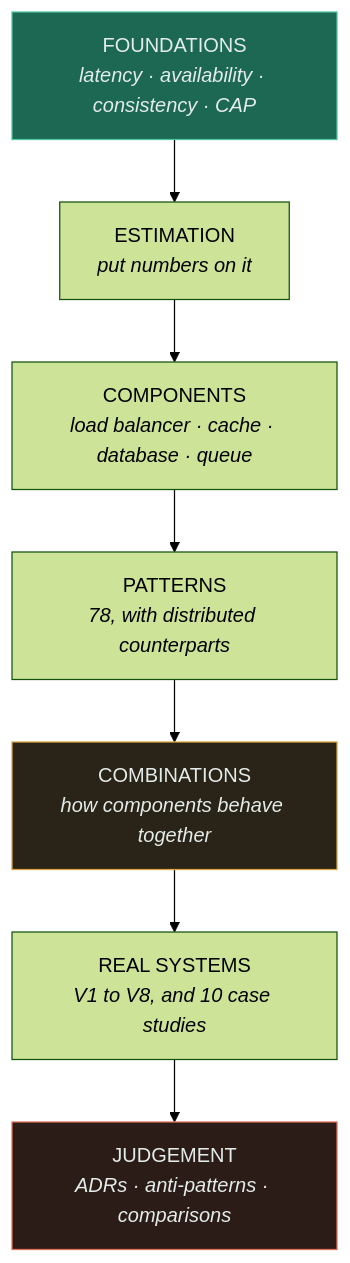
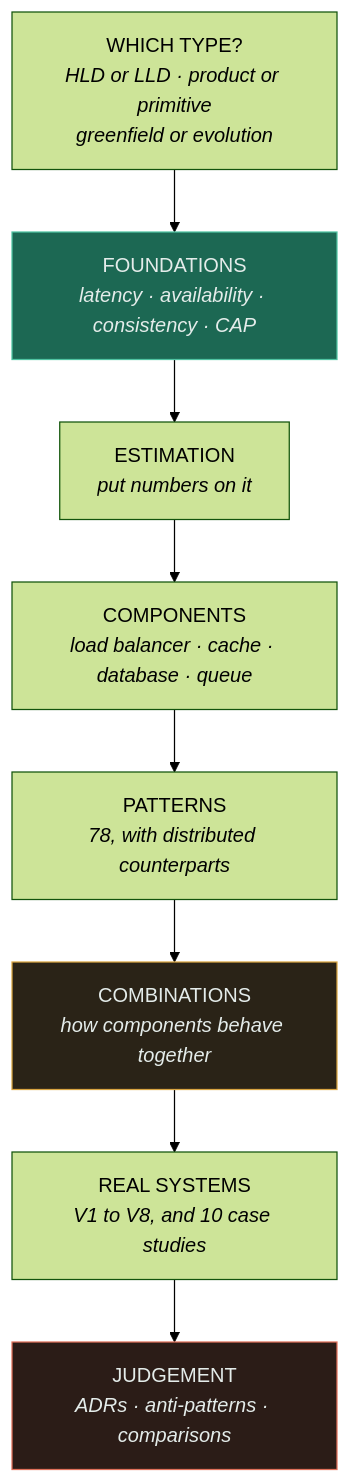
Before and after one commit to SAGARCHRY0777/system-design-lab: the diagram in README.md, drawn with Mermaid (forest theme). The commit also changed other lines of this file and 31 other files, not shown here.

First line of the commit message:
Answer the question the roadmap was being asked: which TYPE of design is this

````diff
--- a/README.md
+++ b/README.md
@@ -88,13 +94,14 @@
 ```mermaid
 flowchart TD
-    F["FOUNDATIONS<br/><i>latency · availability · consistency · CAP</i>"] --> E["ESTIMATION<br/><i>put numbers on it</i>"]
+    T["WHICH TYPE?<br/><i>HLD or LLD · product or primitive<br/>greenfield or evolution</i>"] --> F["FOUNDATIONS<br/><i>latency · availability · consistency · CAP</i>"]
+    F --> E["ESTIMATION<br/><i>put numbers on it</i>"]
     E --> C["COMPONENTS<br/><i>load balancer · cache · database · queue</i>"]
     C --> P["PATTERNS<br/><i>78, with distributed counterparts</i>"]
     P --> K["COMBINATIONS<br/><i>how components behave together</i>"]
     K --> R["REAL SYSTEMS<br/><i>V1 to V8, and 10 case studies</i>"]
     R --> A["JUDGEMENT<br/><i>ADRs · anti-patterns · comparisons</i>"]
 
     style F fill:#1c6853,stroke:#4fc3a1,color:#e4ecea
     style K fill:#2a2317,stroke:#d9a441,color:#e4ecea
     style A fill:#2b1c17,stroke:#e0705a,color:#e4ecea
 ```
````
